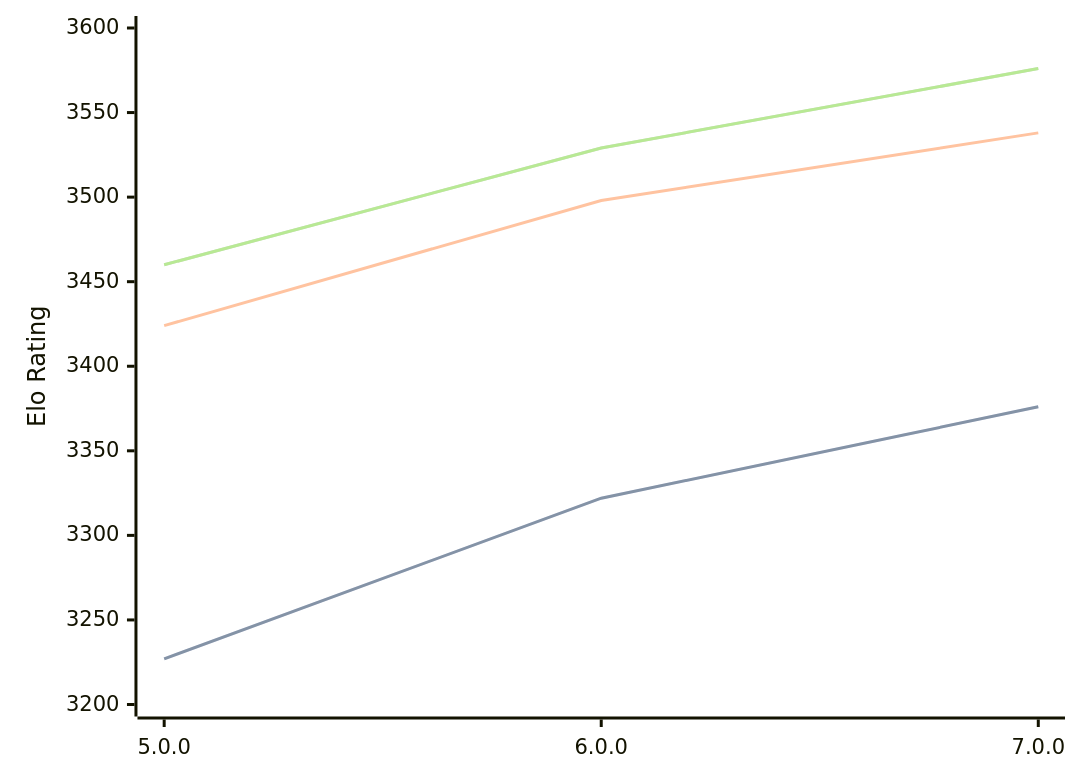
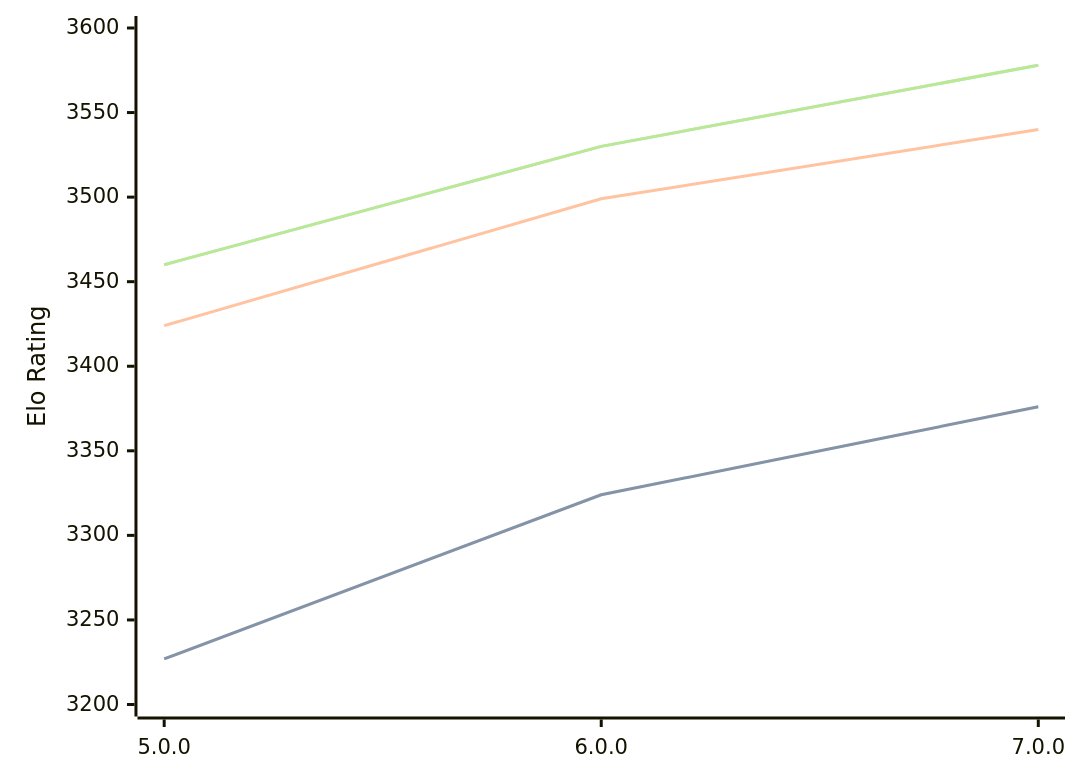
The diagram in engines/Stormphrax.md (computer-chess-index/cci), drawn with Mermaid before and after one commit. The commit also changed other lines of this file, not shown here.

Commit message:
Update CCI Ratings (ELO VLTC) - 2026-04-07

````diff
--- a/engines/Stormphrax.md
+++ b/engines/Stormphrax.md
@@ -38,11 +38,11 @@
 ```mermaid
 %%{init: {"theme":"base","themeVariables":{"seriesColors:['#a3a3a3','#222221','#faa371']}}}%%
 xychart-beta
   x-axis ["5.0.0", "6.0.0", "7.0.0"]
   y-axis "Elo Rating" 3200 --> 3600
-  line "STC (8.0+0.08s)" [3227, 3322, 3376]
-  line "STC (8.0+0.08s)" [3227, 3322, 3376]
-  line "LTC (60.0+0.60s)" [3424, 3498, 3538]
-  line "VLTC (2m24s+1.12s)" [3460, 3529, 3576]
-  line "VLTC (2m24s+1.12s)" [3460, 3529, 3576]
+  line "STC (8.0+0.08s)" [3227, 3324, 3376]
+  line "STC (8.0+0.08s)" [3227, 3324, 3376]
+  line "LTC (60.0+0.60s)" [3424, 3499, 3540]
+  line "VLTC (2m24s+1.12s)" [3460, 3530, 3578]
+  line "VLTC (2m24s+1.12s)" [3460, 3530, 3578]
 ```
````
